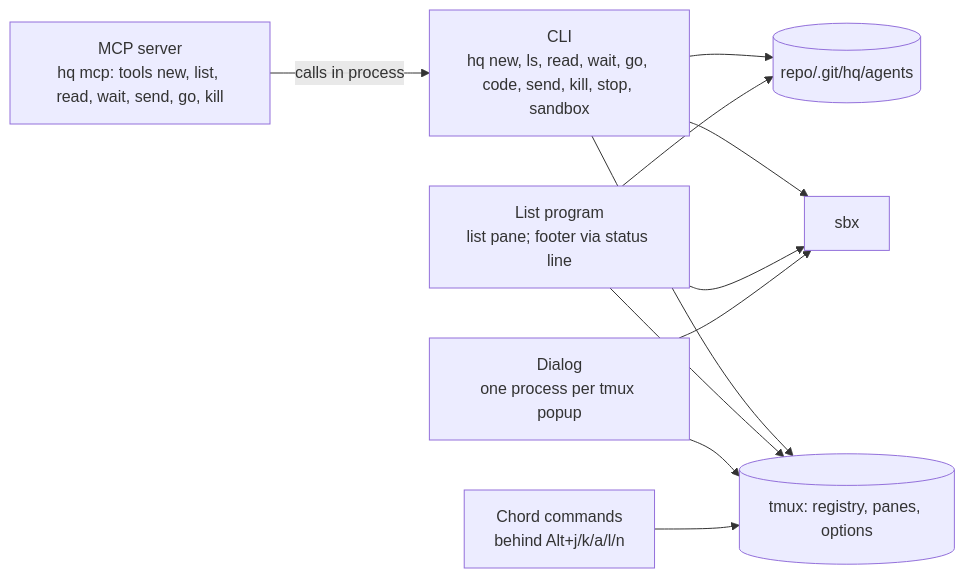
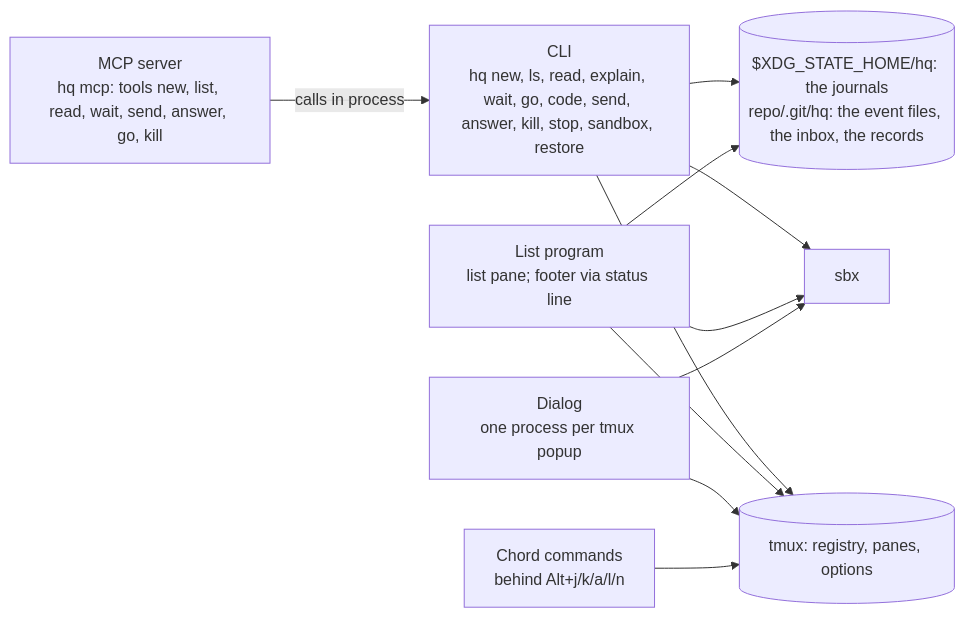
Before and after one commit to rkrysinski/hq: the third of 4 diagrams in docs/design/hq.md, drawn with Mermaid. The commit also changed other lines of this file and 99 other files, not shown here.

````diff
--- a/docs/design/hq.md
+++ b/docs/design/hq.md
@@ -198,16 +198,16 @@
 ```mermaid
 flowchart LR
-    CLI["CLI<br/>hq new, ls, read, wait, go, code, send, kill, stop, sandbox"]
+    CLI["CLI<br/>hq new, ls, read, explain, wait, go, code, send, answer, kill, stop, sandbox, restore"]
     LIST["List program<br/>list pane; footer via status line"]
     DLG["Dialog<br/>one process per tmux popup"]
     CH["Chord commands<br/>behind Alt+j/k/a/l/n"]
-    MCP["MCP server<br/>hq mcp: tools new, list, read, wait, send, go, kill"]
+    MCP["MCP server<br/>hq mcp: tools new, list, read, wait, send, answer, go, kill"]
     TM[("tmux: registry, panes, options")]
-    ST[("repo/.git/hq/agents")]
+    ST[("$XDG_STATE_HOME/hq: the journals<br/>repo/.git/hq: the event files, the inbox, the records")]
     SBX["sbx"]
     CLI --> TM & ST & SBX
     LIST --> TM & ST & SBX
     DLG --> TM & SBX
     CH --> TM
     MCP -- "calls in process" --> CLI
 ```
````
